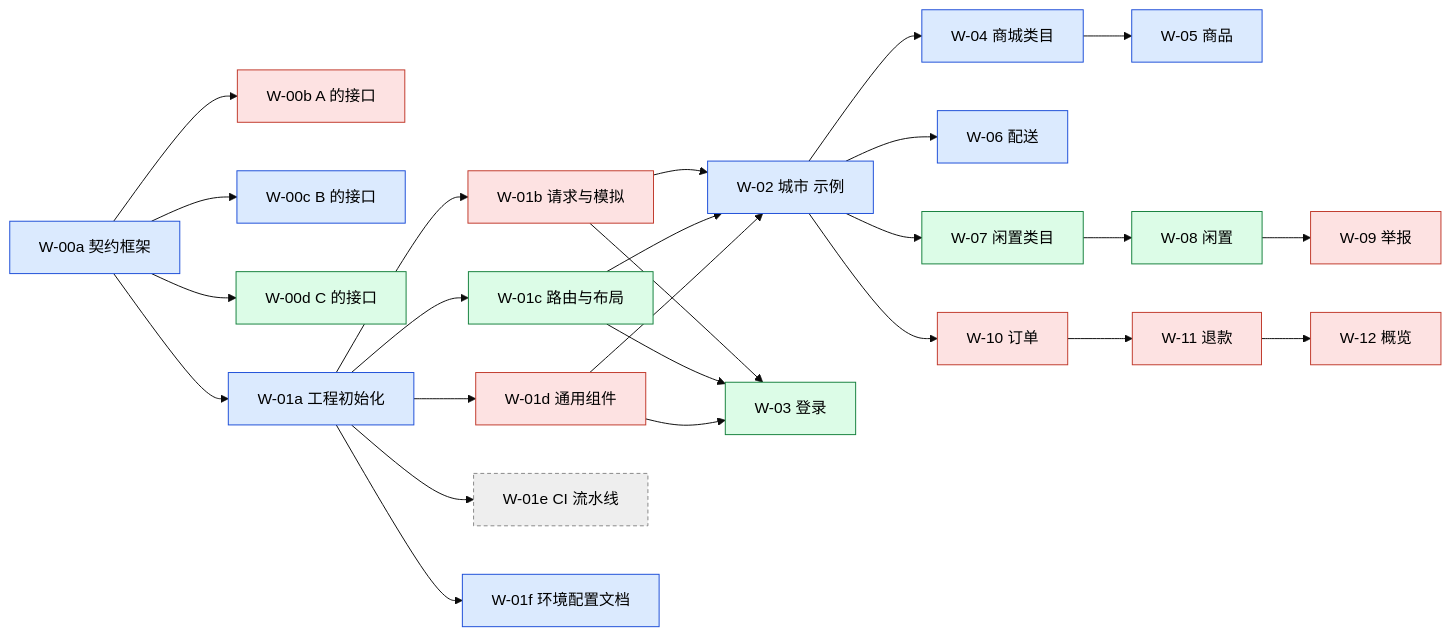
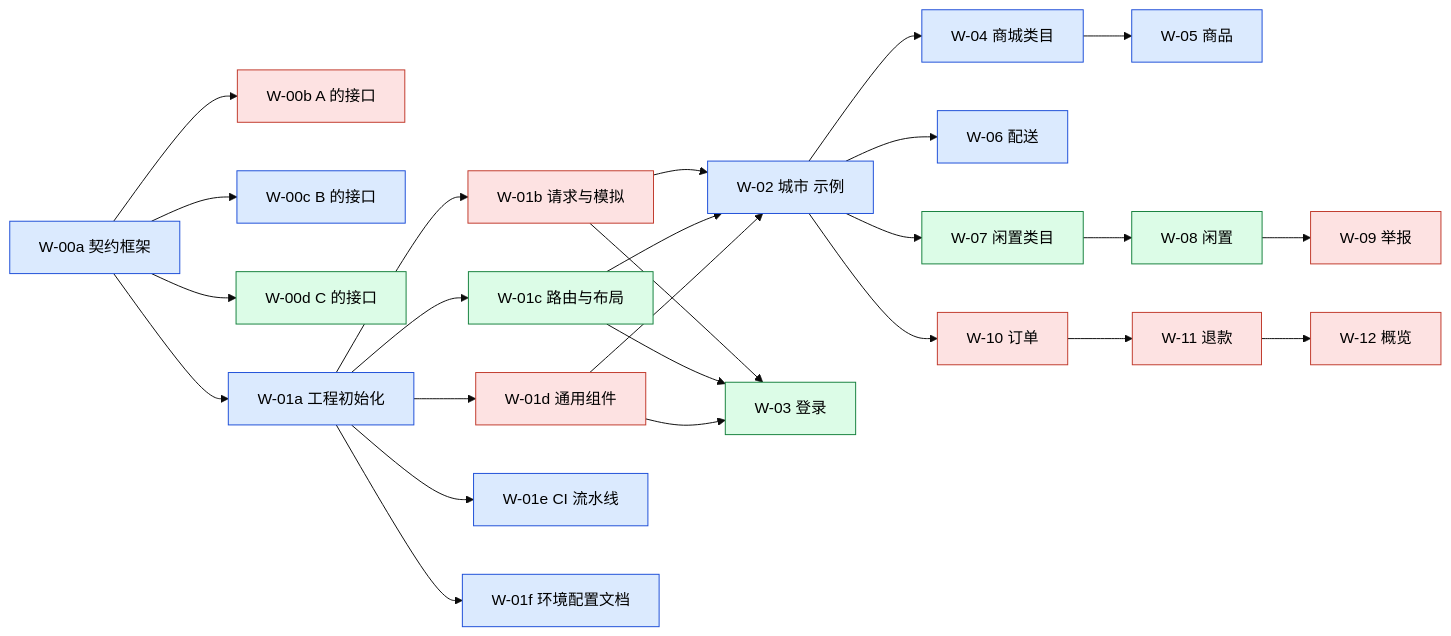
The diagram in docs/tasks/admin-web.md (MoonLight-QAQ/HowToBuildBigMuscle), drawn with Mermaid (base theme) before and after one commit. The commit also changed other lines of this file and 6 other files, not shown here.

````diff
--- a/docs/tasks/admin-web.md
+++ b/docs/tasks/admin-web.md
@@ -21,21 +21,19 @@
 ```mermaid
 flowchart LR
     W00a[W-00a 契约框架] --> W00b[W-00b A 的接口] & W00c[W-00c B 的接口] & W00d[W-00d C 的接口]
     W00a --> W01a[W-01a 工程初始化]
     W01a --> W01b[W-01b 请求与模拟] & W01c[W-01c 路由与布局] & W01d[W-01d 通用组件] & W01e[W-01e CI 流水线] & W01f[W-01f 环境配置文档]
     W01b & W01c & W01d --> W02[W-02 城市 示例]
     W01b & W01c & W01d --> W03[W-03 登录]
     W02 --> W04[W-04 商城类目] --> W05[W-05 商品]
     W02 --> W06[W-06 配送]
     W02 --> W07[W-07 闲置类目] --> W08[W-08 闲置] --> W09[W-09 举报]
     W02 --> W10[W-10 订单] --> W11[W-11 退款] --> W12[W-12 概览]
 
     classDef a fill:#fde2e2,stroke:#c0392b,color:#000
     classDef b fill:#dbeafe,stroke:#1d4ed8,color:#000
     classDef c fill:#dcfce7,stroke:#15803d,color:#000
-    classDef todo fill:#eeeeee,stroke:#888,color:#000,stroke-dasharray:4 3
     class W00b,W01b,W01d,W09,W10,W11,W12 a
-    class W00a,W00c,W01a,W01f,W02,W04,W05,W06 b
+    class W00a,W00c,W01a,W01e,W01f,W02,W04,W05,W06 b
     class W00d,W01c,W03,W07,W08 c
-    class W01e todo
 ```
````
